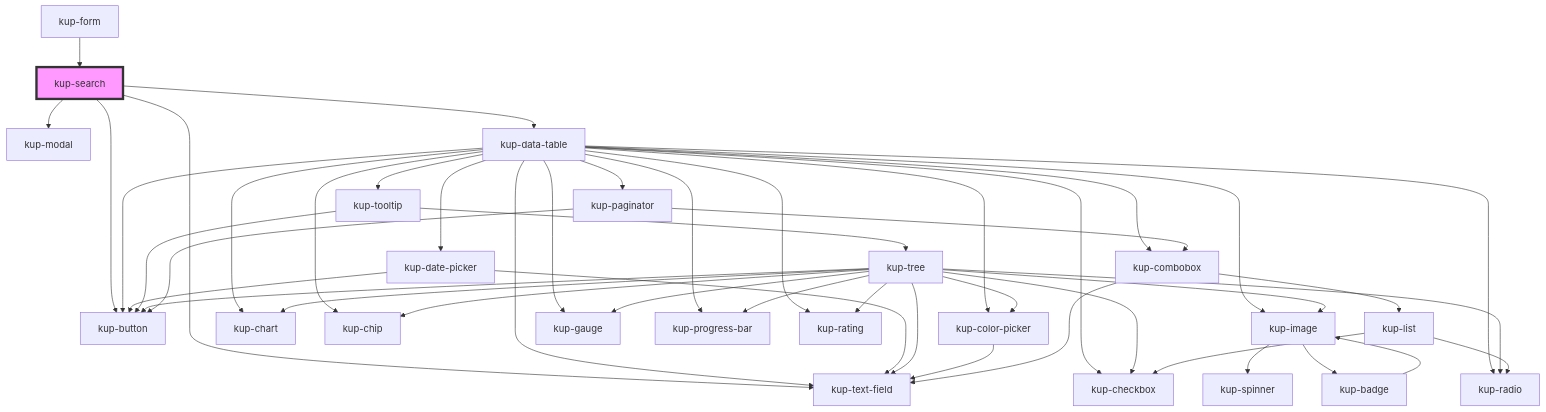
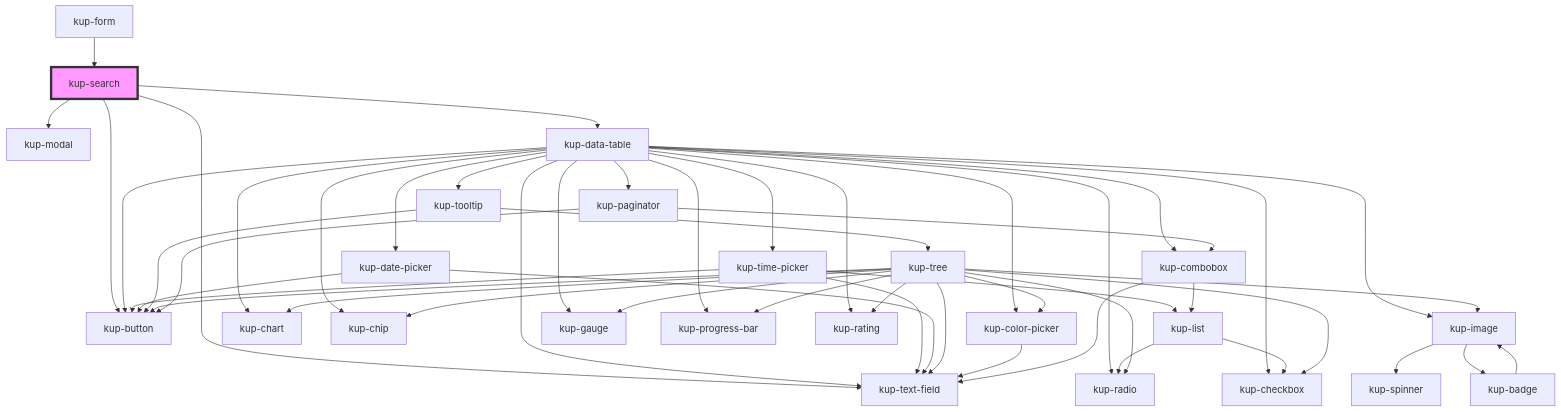
One commit to smeup/ketchup changed the diagram in packages/ketchup/src/components/kup-search/readme.md. Above: the diagram before and after it, drawn with Mermaid. The commit also changed 12 other files, not shown here.

````diff
--- a/packages/ketchup/src/components/kup-search/readme.md
+++ b/packages/ketchup/src/components/kup-search/readme.md
@@ -43,49 +43,53 @@
 ```mermaid
 graph TD;
   kup-search --> kup-text-field
   kup-search --> kup-button
   kup-search --> kup-modal
   kup-search --> kup-data-table
   kup-data-table --> kup-text-field
+  kup-data-table --> kup-time-picker
   kup-data-table --> kup-date-picker
   kup-data-table --> kup-checkbox
   kup-data-table --> kup-button
   kup-data-table --> kup-tooltip
   kup-data-table --> kup-image
   kup-data-table --> kup-chart
   kup-data-table --> kup-chip
   kup-data-table --> kup-color-picker
   kup-data-table --> kup-gauge
   kup-data-table --> kup-progress-bar
   kup-data-table --> kup-rating
   kup-data-table --> kup-radio
   kup-data-table --> kup-paginator
   kup-data-table --> kup-combobox
+  kup-time-picker --> kup-text-field
+  kup-time-picker --> kup-button
+  kup-time-picker --> kup-list
+  kup-list --> kup-radio
+  kup-list --> kup-checkbox
   kup-date-picker --> kup-text-field
   kup-date-picker --> kup-button
   kup-tooltip --> kup-button
   kup-tooltip --> kup-tree
   kup-tree --> kup-image
   kup-tree --> kup-button
   kup-tree --> kup-chart
   kup-tree --> kup-checkbox
   kup-tree --> kup-chip
   kup-tree --> kup-color-picker
   kup-tree --> kup-gauge
   kup-tree --> kup-progress-bar
   kup-tree --> kup-rating
   kup-tree --> kup-radio
   kup-tree --> kup-text-field
   kup-image --> kup-spinner
   kup-image --> kup-badge
   kup-badge --> kup-image
   kup-color-picker --> kup-text-field
   kup-paginator --> kup-button
   kup-paginator --> kup-combobox
   kup-combobox --> kup-text-field
   kup-combobox --> kup-list
-  kup-list --> kup-radio
-  kup-list --> kup-checkbox
   kup-form --> kup-search
   style kup-search fill:#f9f,stroke:#333,stroke-width:4px
 ```
````
